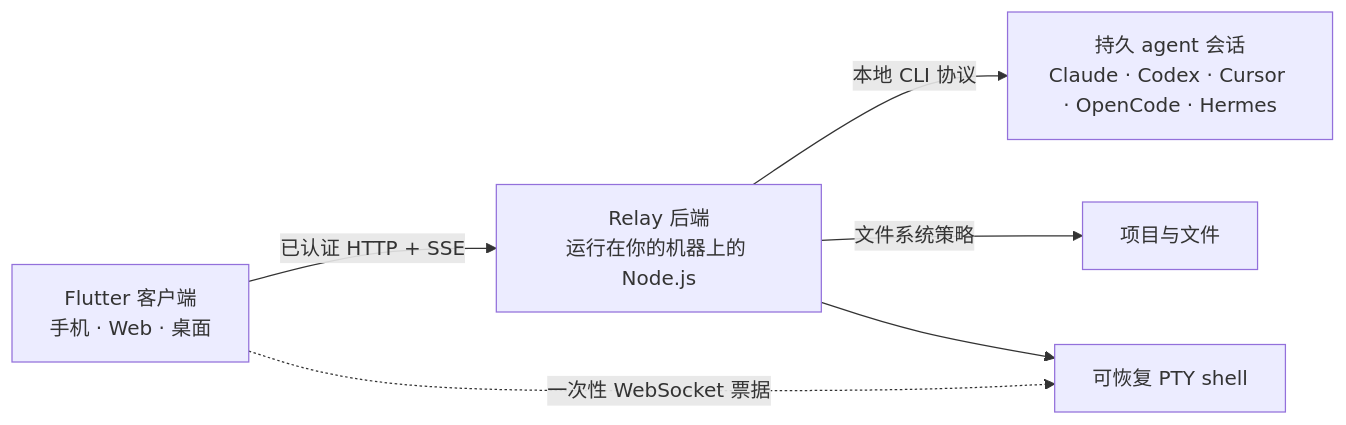
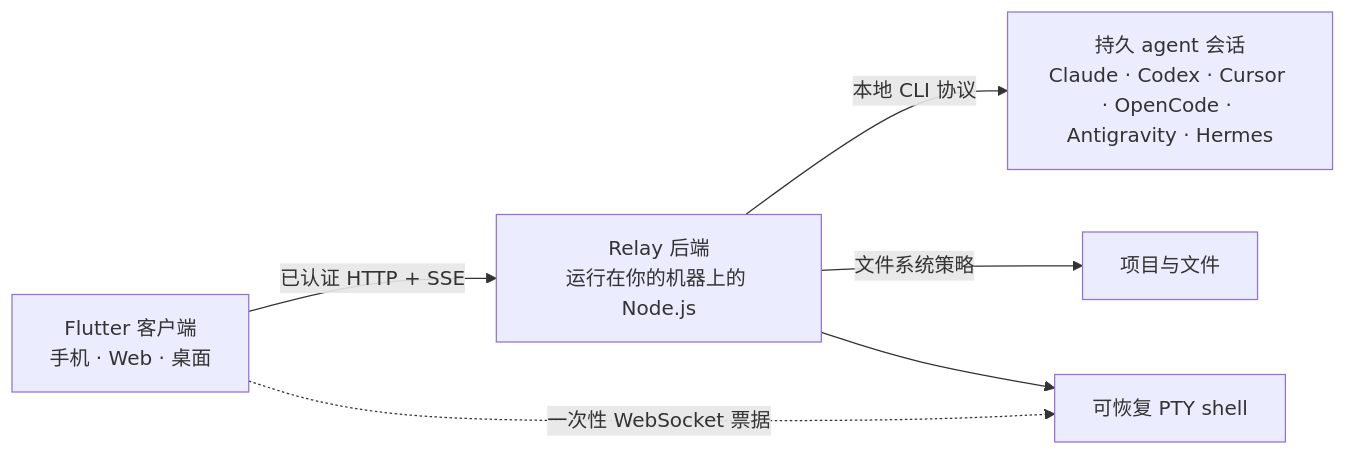
One commit to elin66alpha/Relay changed the diagram in README.zh-CN.md. Above: the diagram before and after it, drawn with Mermaid. The commit also changed other lines of this file and 67 other files, not shown here.

````diff
--- a/README.zh-CN.md
+++ b/README.zh-CN.md
@@ -71,14 +71,14 @@
 ```mermaid
 flowchart LR
     C["Flutter 客户端<br/>手机 · Web · 桌面"]
     R["Relay 后端<br/>运行在你的机器上的 Node.js"]
-    A["持久 agent 会话<br/>Claude · Codex · Cursor · OpenCode · Hermes"]
+    A["持久 agent 会话<br/>Claude · Codex · Cursor · OpenCode · Antigravity · Hermes"]
     F["项目与文件"]
     T["可恢复 PTY shell"]
 
     C -->|"已认证 HTTP + SSE"| R
     R -->|"本地 CLI 协议"| A
     R -->|"文件系统策略"| F
     C -. "一次性 WebSocket 票据" .-> T
     R --> T
 ```
````
